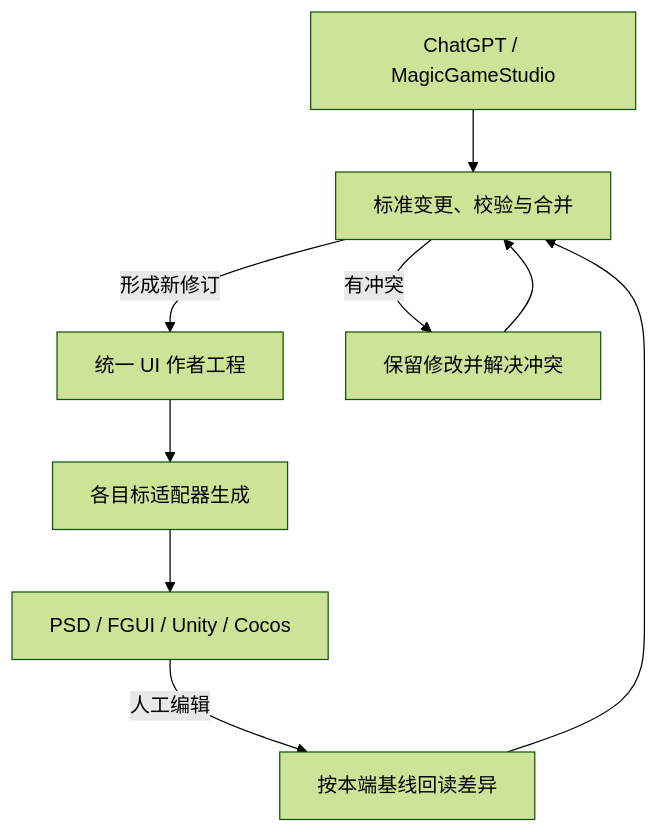
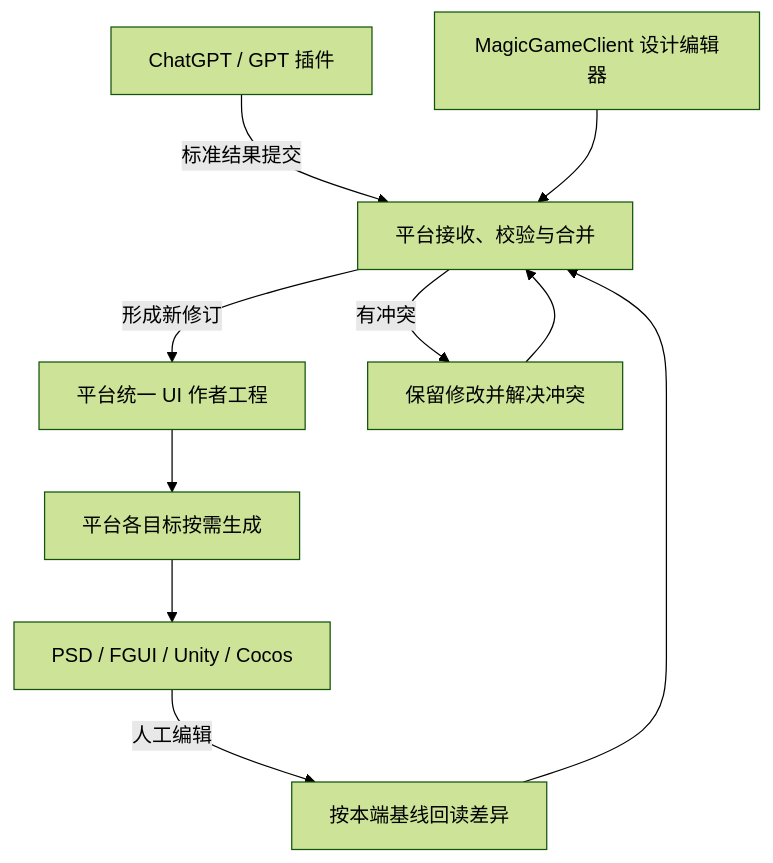
Before and after one commit to bambom/codex-with-chatgpt: the diagram in docs/ui-canonical-format-proposal.zh-CN.md, drawn with Mermaid (forest theme). The commit also changed other lines of this file and 3 other files, not shown here.

````diff
--- a/docs/ui-canonical-format-proposal.zh-CN.md
+++ b/docs/ui-canonical-format-proposal.zh-CN.md
@@ -15,11 +19,12 @@
 ```mermaid
 flowchart TB
-    GPT["ChatGPT / MagicGameStudio"] --> Merge["标准变更、校验与合并"]
-    Merge -->|"形成新修订"| Core["统一 UI 作者工程"]
-    Core --> Build["各目标适配器生成"]
+    GPT["ChatGPT / GPT 插件"] -->|"标准结果提交"| Merge["平台接收、校验与合并"]
+    Editor["MagicGameClient 设计编辑器"] --> Merge
+    Merge -->|"形成新修订"| Core["平台统一 UI 作者工程"]
+    Core --> Build["平台各目标按需生成"]
     Build --> Native["PSD / FGUI / Unity / Cocos"]
     Native -->|"人工编辑"| Read["按本端基线回读差异"]
     Read --> Merge
     Merge -->|"有冲突"| Pending["保留修改并解决冲突"]
     Pending --> Merge
 ```
````
